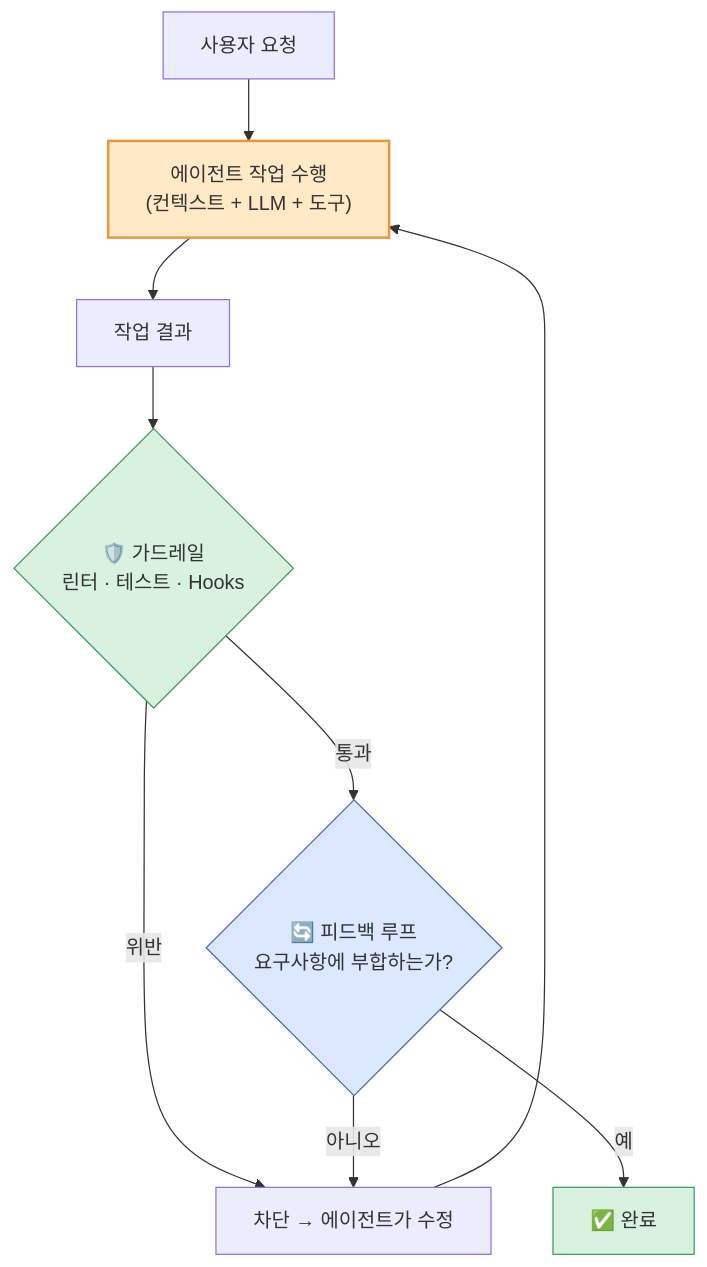
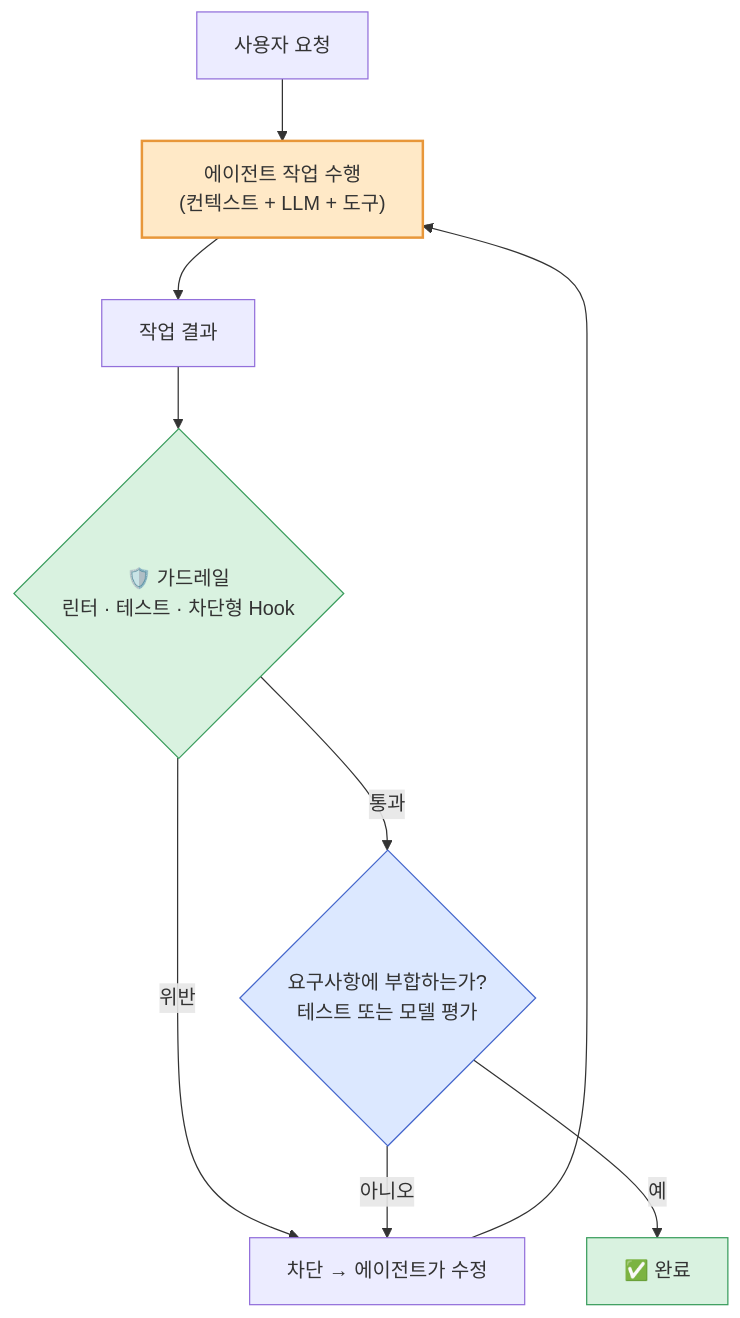
The second of 9 diagrams in _posts/2026-03-15-harness-engineering-beyond-context-engineering.md (haandol/haandol.github.com), drawn with Mermaid before and after one commit. The commit also changed other lines of this file and 15 other files, not shown here.

````diff
--- a/_posts/2026-03-15-harness-engineering-beyond-context-engineering.md
+++ b/_posts/2026-03-15-harness-engineering-beyond-context-engineering.md
@@ -105,19 +105,19 @@
 ```mermaid
 flowchart TB
     REQ["사용자 요청"] --> AGENT["에이전트 작업 수행<br/>(컨텍스트 + LLM + 도구)"]
     AGENT --> OUT["작업 결과"]
-    OUT --> GR{"🛡️ 가드레일<br/>린터 · 테스트 · Hooks"}
+    OUT --> GR{"🛡️ 가드레일<br/>린터 · 테스트 · 차단형 Hook"}
     GR -->|위반| BACK["차단 → 에이전트가 수정"]
     BACK --> AGENT
-    GR -->|통과| FB{"🔄 피드백 루프<br/>요구사항에 부합하는가?"}
+    GR -->|통과| FB{"요구사항에 부합하는가?<br/>테스트 또는 모델 평가"}
     FB -->|아니오| BACK
     FB -->|예| DONE["✅ 완료"]
     classDef agent fill:#ffe9c7,stroke:#e8973a,stroke-width:2px;
     classDef guard fill:#d9f2e0,stroke:#3a9d5d;
     classDef loop fill:#dce8ff,stroke:#46c;
     classDef done fill:#d9f2e0,stroke:#3a9d5d;
     class AGENT agent;
     class GR guard;
     class FB loop;
     class DONE done;
 ```
````
